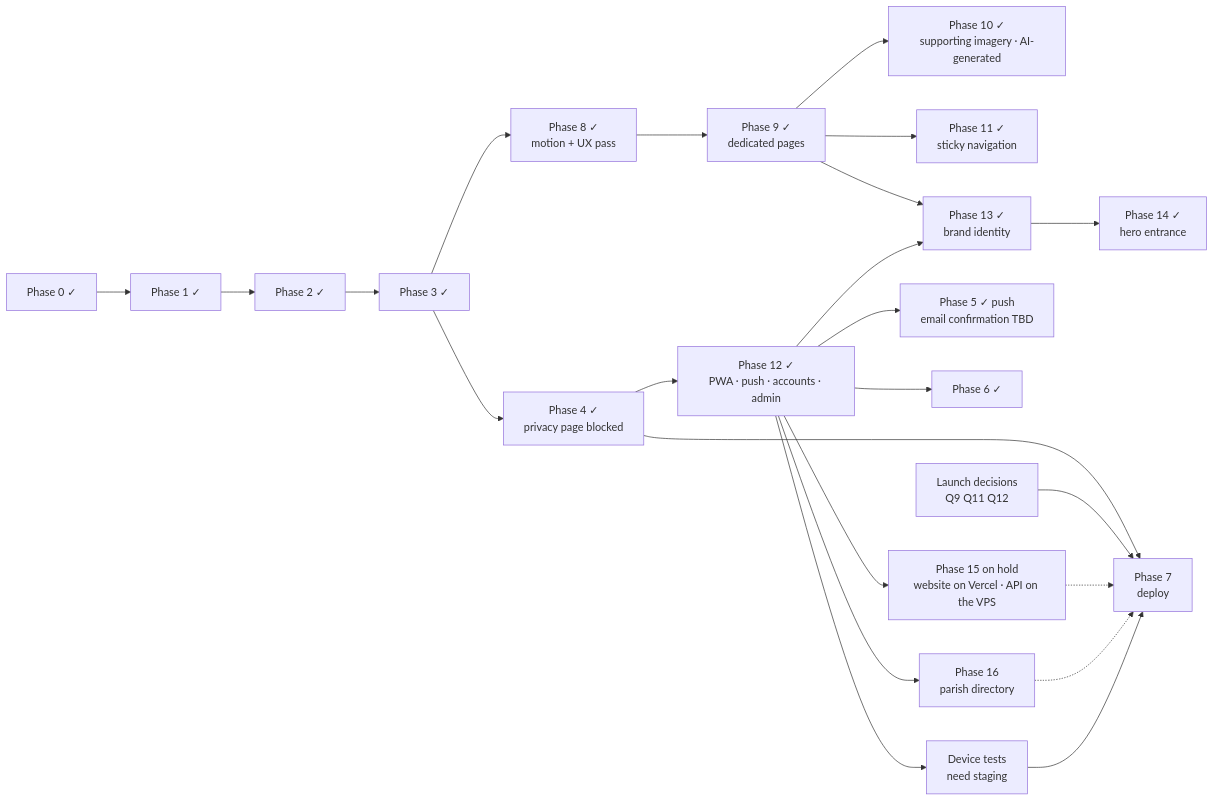
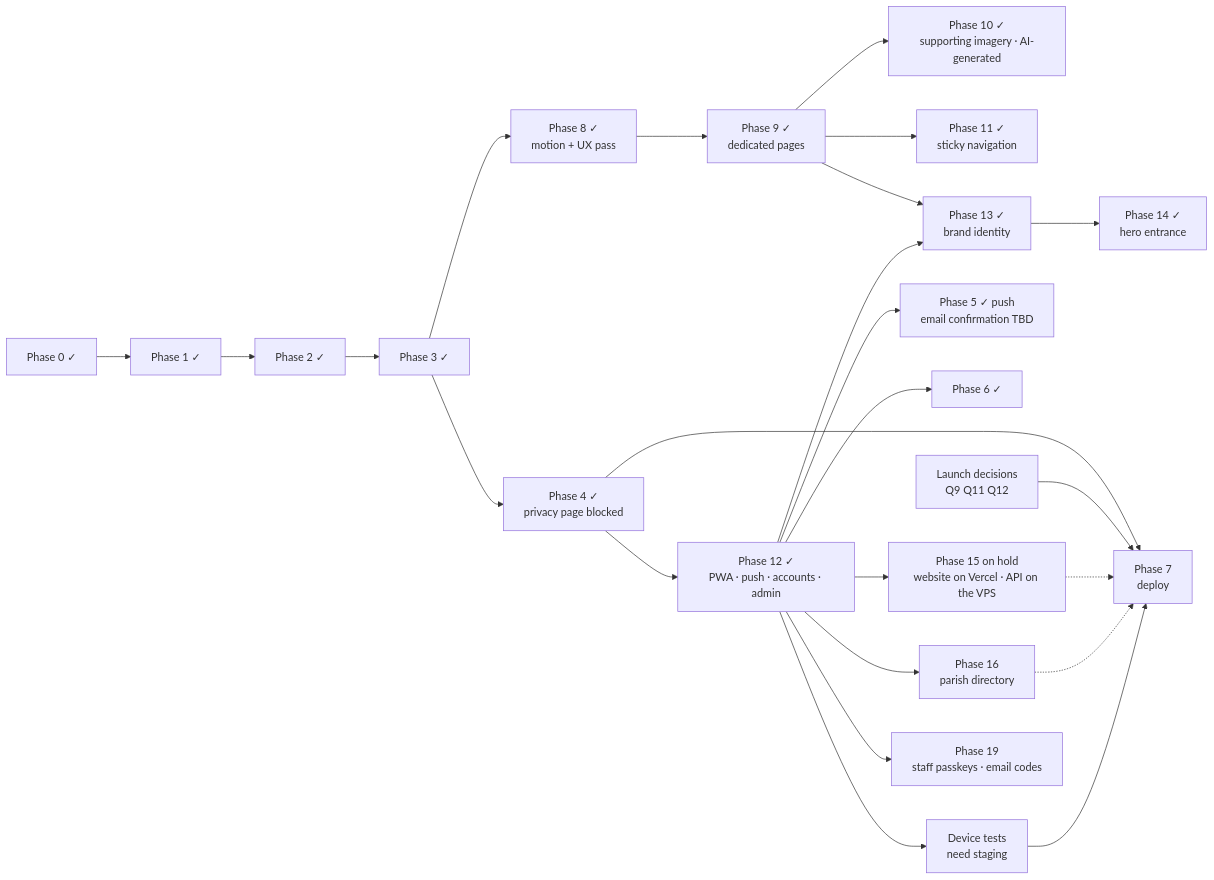
The diagram in docs/06-Implementation-Plan.md (E310-Tech-Team/nyaya-sop), drawn with Mermaid before and after one commit. The commit also changed other lines of this file and 7 other files, not shown here.

First line of the commit message:
Document staff passkeys and email codes (D-58, Phase 19)

````diff
--- a/docs/06-Implementation-Plan.md
+++ b/docs/06-Implementation-Plan.md
@@ -318,25 +332,26 @@
 ```mermaid
 flowchart LR
     P0[Phase 0 ✓] --> P1[Phase 1 ✓]
     P1 --> P2[Phase 2 ✓]
     P2 --> P3[Phase 3 ✓]
     P3 --> P4[Phase 4 ✓<br/>privacy page blocked]
     P3 --> P8[Phase 8 ✓<br/>motion + UX pass]
     P8 --> P9[Phase 9 ✓<br/>dedicated pages]
     P9 --> P10[Phase 10 ✓<br/>supporting imagery · AI-generated]
     P9 --> P11[Phase 11 ✓<br/>sticky navigation]
     P4 --> P7[Phase 7<br/>deploy]
     Q[Launch decisions<br/>Q9 Q11 Q12] --> P7
     P4 --> P12[Phase 12 ✓<br/>PWA · push · accounts · admin]
     P12 --> P5[Phase 5 ✓ push<br/>email confirmation TBD]
     P12 --> P6[Phase 6 ✓]
     P12 --> DEV[Device tests<br/>need staging]
     P9 --> P13[Phase 13 ✓<br/>brand identity]
     P12 --> P13
     P13 --> P14[Phase 14 ✓<br/>hero entrance]
     P12 --> P15[Phase 15 on hold<br/>website on Vercel · API on the VPS]
     P15 -.-> P7
     P12 --> P16[Phase 16<br/>parish directory]
     P16 -.-> P7
+    P12 --> P19[Phase 19<br/>staff passkeys · email codes]
     DEV --> P7
 ```
````
